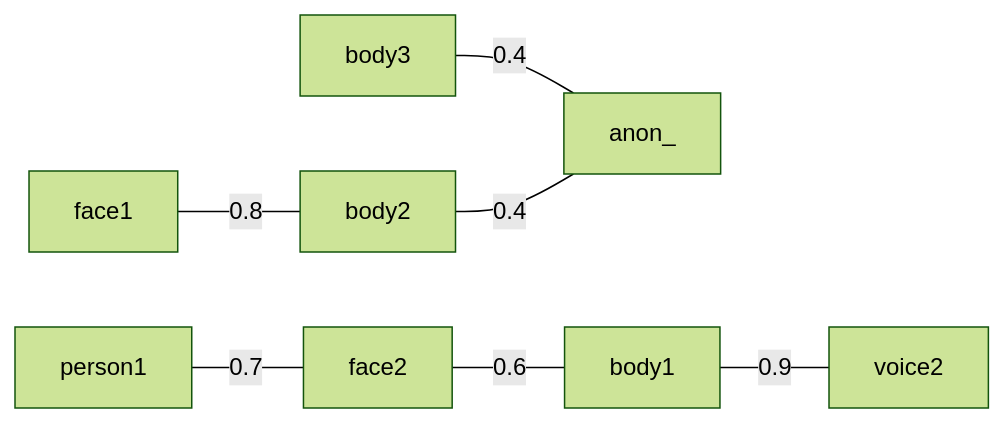
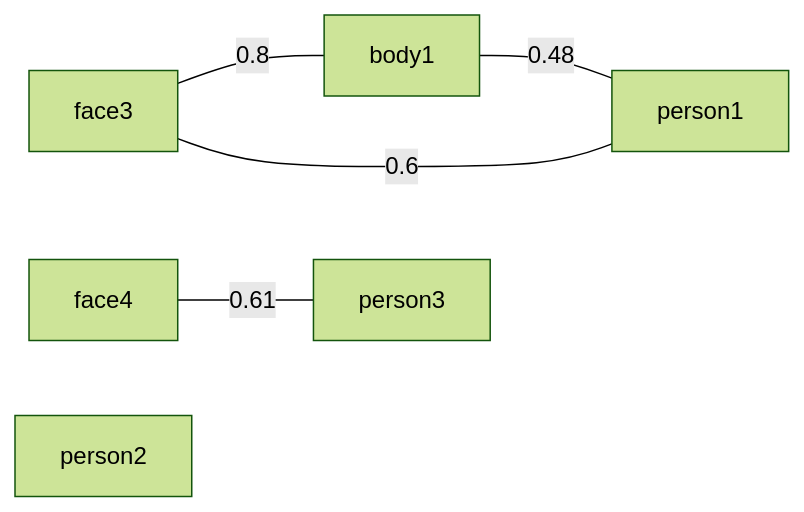
Diagram 20 of 34 in test/test-graphs.md (ros4hri/hri_person_manager), drawn with Mermaid (forest theme) before and after one commit. The commit also changed other lines of this file and 4 other files, not shown here.

First line of the commit message:
Python impl complete, all mermaid-based tests pass

````diff
--- a/test/test-graphs.md
+++ b/test/test-graphs.md
@@ -51,12 +265,11 @@
 ``` mermaid
 graph LR
 
-body3 ---|0.4| anon_
+face3 ---|0.8| body1
+face3 ---|0.6| person1
+body1 ---|0.48| person1
 
-face1 ---|0.8| body2
-body2 ---|0.4| anon_
+face4 ---|0.61| person3
 
-person1 ---|0.7| face2
-body1 ---|0.9| voice2
-face2 ---|0.6| body1
+person2
 ```
````
